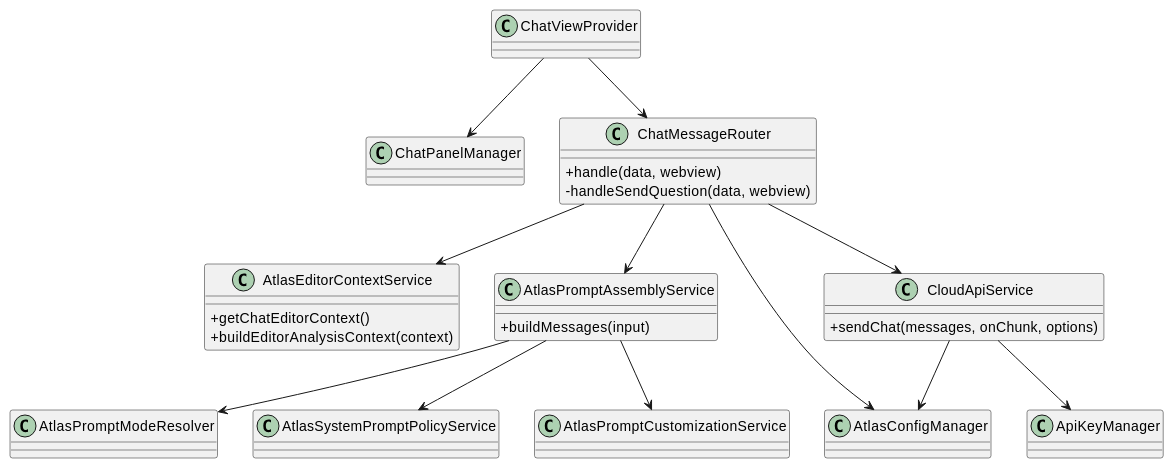
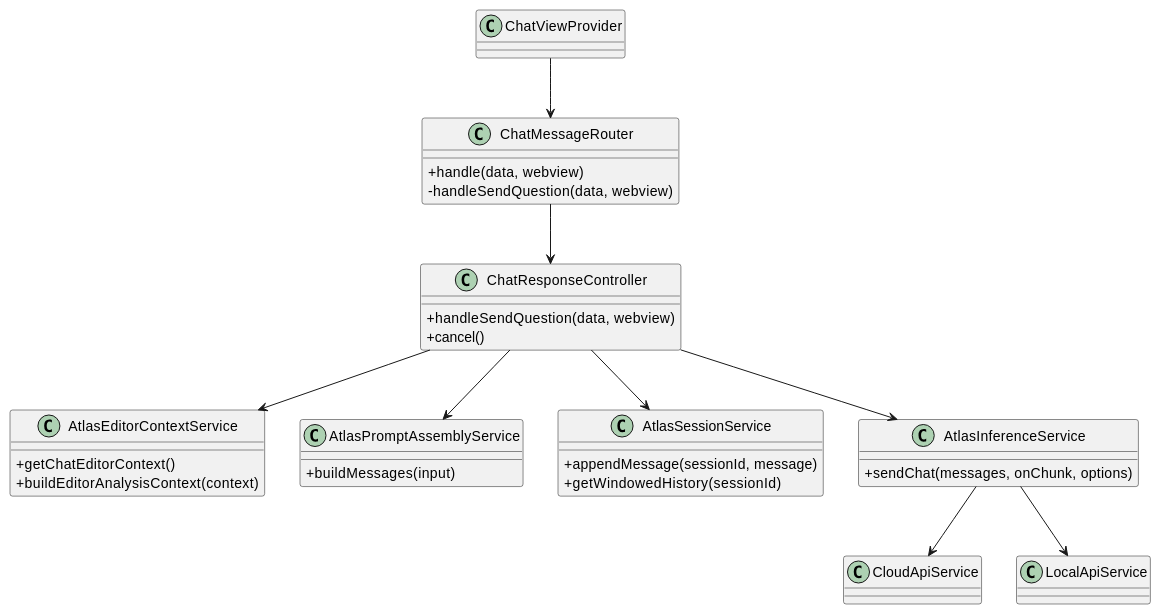
One commit to JVictorVI/ATLAS changed the first of 38 diagrams in docs/plantuml-diagramas-por-caso-de-uso-atlas.md. Above: the diagram before and after it, drawn with PlantUML. The commit also changed other lines of this file and 5 other files, not shown here.

Commit message:
Atualiza diagramas e casos de uso

````diff
--- a/docs/plantuml-diagramas-por-caso-de-uso-atlas.md
+++ b/docs/plantuml-diagramas-por-caso-de-uso-atlas.md
@@ -11,40 +12,41 @@
 ```plantuml
 @startuml
 skinparam shadowing false
 skinparam classAttributeIconSize 0
 
 class ChatViewProvider
-class ChatPanelManager
 class ChatMessageRouter {
   +handle(data, webview)
   -handleSendQuestion(data, webview)
+}
+class ChatResponseController {
+  +handleSendQuestion(data, webview)
+  +cancel()
 }
 class AtlasEditorContextService {
   +getChatEditorContext()
   +buildEditorAnalysisContext(context)
 }
 class AtlasPromptAssemblyService {
   +buildMessages(input)
 }
-class AtlasPromptModeResolver
-class AtlasSystemPromptPolicyService
-class AtlasPromptCustomizationService
-class CloudApiService {
+class AtlasSessionService {
+  +appendMessage(sessionId, message)
+  +getWindowedHistory(sessionId)
+}
+class AtlasInferenceService {
   +sendChat(messages, onChunk, options)
 }
-class AtlasConfigManager
-class ApiKeyManager
+class CloudApiService
+class LocalApiService
 
-ChatViewProvider --> ChatPanelManager
 ChatViewProvider --> ChatMessageRouter
-ChatMessageRouter --> AtlasEditorContextService
-ChatMessageRouter --> AtlasPromptAssemblyService
-ChatMessageRouter --> CloudApiService
-ChatMessageRouter --> AtlasConfigManager
-AtlasPromptAssemblyService --> AtlasPromptModeResolver
-AtlasPromptAssemblyService --> AtlasSystemPromptPolicyService
-AtlasPromptAssemblyService --> AtlasPromptCustomizationService
-CloudApiService --> AtlasConfigManager
-CloudApiService --> ApiKeyManager
+ChatMessageRouter --> ChatResponseController
+ChatResponseController --> AtlasEditorContextService
+ChatResponseController --> AtlasPromptAssemblyService
+ChatResponseController --> AtlasSessionService
+ChatResponseController --> AtlasInferenceService
+AtlasInferenceService --> CloudApiService
+AtlasInferenceService --> LocalApiService
 @enduml
 ```
````
